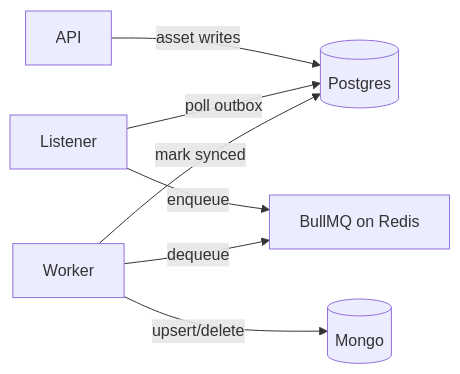
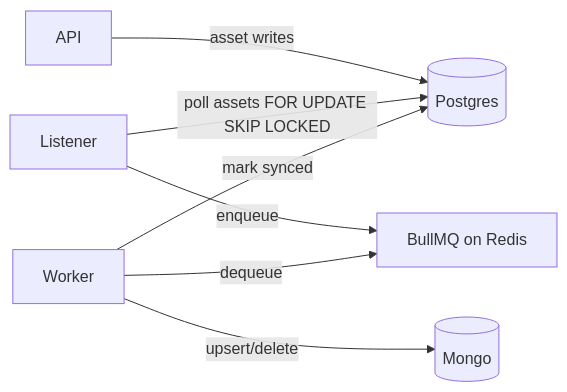
One commit to msroot/voda_ai_homework changed the second of 8 diagrams in ARCHITECTURE.md. Above: the diagram before and after it, drawn with Mermaid. The commit also changed other lines of this file, not shown here.

````diff
--- a/ARCHITECTURE.md
+++ b/ARCHITECTURE.md
@@ -77,16 +77,16 @@
 ```mermaid
 flowchart LR
   API[API]
   L[Listener]
   W[Worker]
   PG[(Postgres)]
   Q[BullMQ on Redis]
   MG[(Mongo)]
 
   API -->|asset writes| PG
-  L -->|poll outbox| PG
+  L -->|poll assets FOR UPDATE SKIP LOCKED| PG
   L -->|enqueue| Q
   W -->|dequeue| Q
   W -->|upsert/delete| MG
   W -->|mark synced| PG
 ```
````
